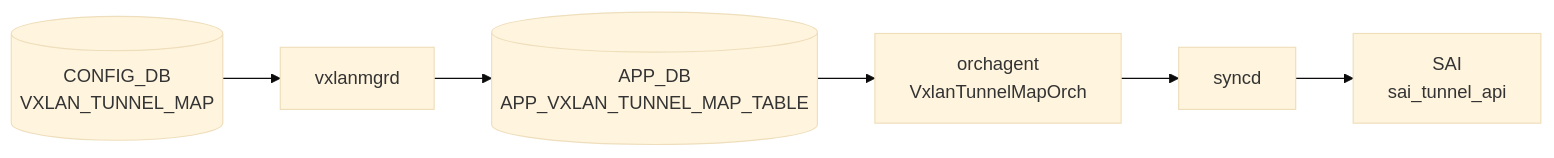
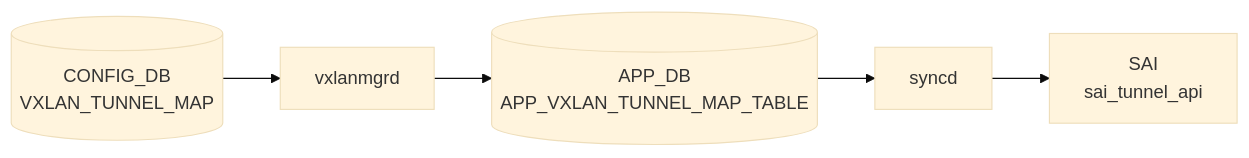
Before and after one commit to aoki-taquan/sonic-unofficial-docs: the diagram in docs/reference/config-db/vxlan-tunnel-map.md, drawn with Mermaid (base theme). The commit also changed 6 other files, not shown here.

Commit message:
chore(config-db): regenerate mermaid blocks after merge

````diff
--- a/docs/reference/config-db/vxlan-tunnel-map.md
+++ b/docs/reference/config-db/vxlan-tunnel-map.md
@@ -32,14 +32,12 @@
 ```mermaid
 flowchart LR
   CDB[("CONFIG_DB<br/>VXLAN_TUNNEL_MAP")]
   DM["vxlanmgrd"]
   CDB --> DM
   APPDB[("APP_DB<br/>APP_VXLAN_TUNNEL_MAP_TABLE")]
   DM --> APPDB
-  ORCH["orchagent<br/>VxlanTunnelMapOrch"]
-  APPDB --> ORCH
   SYNCD["syncd"]
-  ORCH --> SYNCD
+  APPDB --> SYNCD
   SAI["SAI<br/>sai_tunnel_api"]
   SYNCD --> SAI
 ```
````
